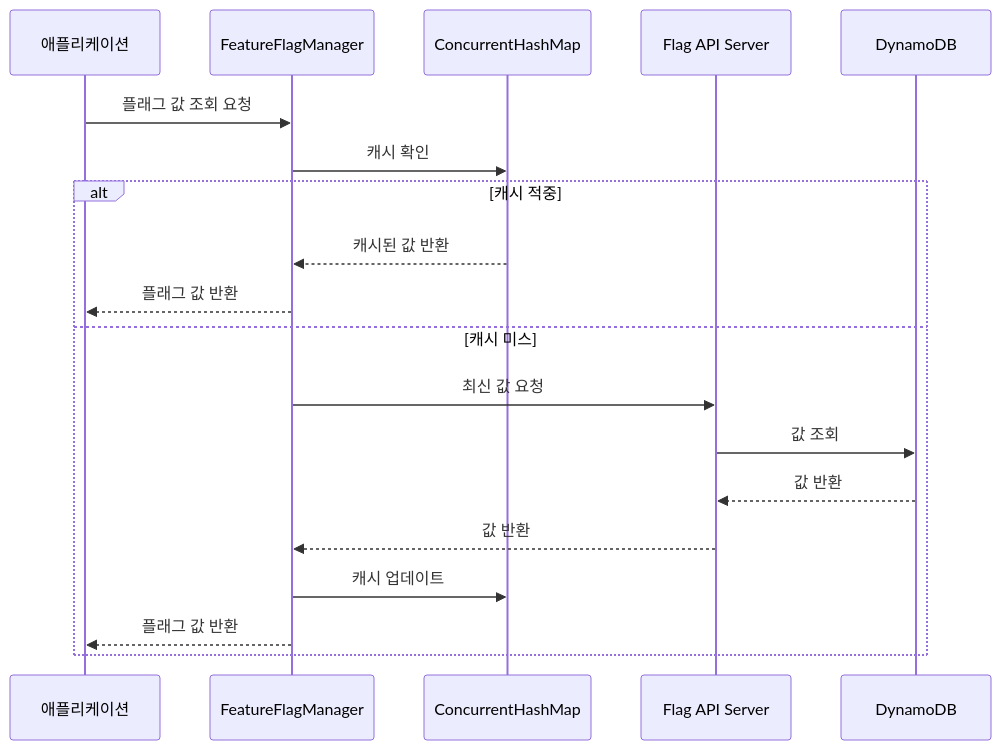
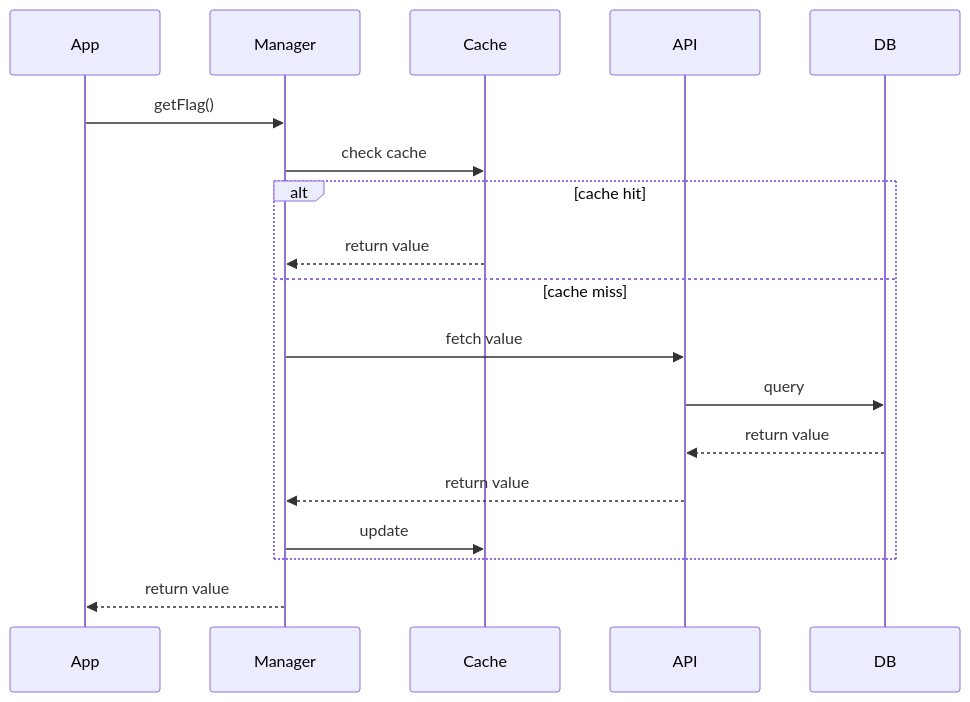
One commit to yeokyeong-yoon/yeokyeong-yoon.github.io changed the second of 7 diagrams in _posts/2025-03-15-feature-flag-system.md. Above: the diagram before and after it, drawn with Mermaid. The commit also changed other lines of this file, not shown here.

Commit message:
docs: optimize mermaid diagrams for better rendering and size

````diff
--- a/_posts/2025-03-15-feature-flag-system.md
+++ b/_posts/2025-03-15-feature-flag-system.md
@@ -250,22 +181,15 @@
 ```mermaid
 sequenceDiagram
-    participant App as 애플리케이션
-    participant Manager as FeatureFlagManager
-    participant Cache as ConcurrentHashMap
-    participant API as Flag API Server
-    participant DB as DynamoDB
-
-    App->>Manager: 플래그 값 조회 요청
-    Manager->>Cache: 캐시 확인
-    alt 캐시 적중
-        Cache-->>Manager: 캐시된 값 반환
-        Manager-->>App: 플래그 값 반환
-    else 캐시 미스
-        Manager->>API: 최신 값 요청
-        API->>DB: 값 조회
-        DB-->>API: 값 반환
-        API-->>Manager: 값 반환
-        Manager->>Cache: 캐시 업데이트
-        Manager-->>App: 플래그 값 반환
+    App->>Manager: getFlag()
+    Manager->>Cache: check cache
+    alt cache hit
+        Cache-->>Manager: return value
+    else cache miss
+        Manager->>API: fetch value
+        API->>DB: query
+        DB-->>API: return value
+        API-->>Manager: return value
+        Manager->>Cache: update
     end
+    Manager-->>App: return value
 ```
````
